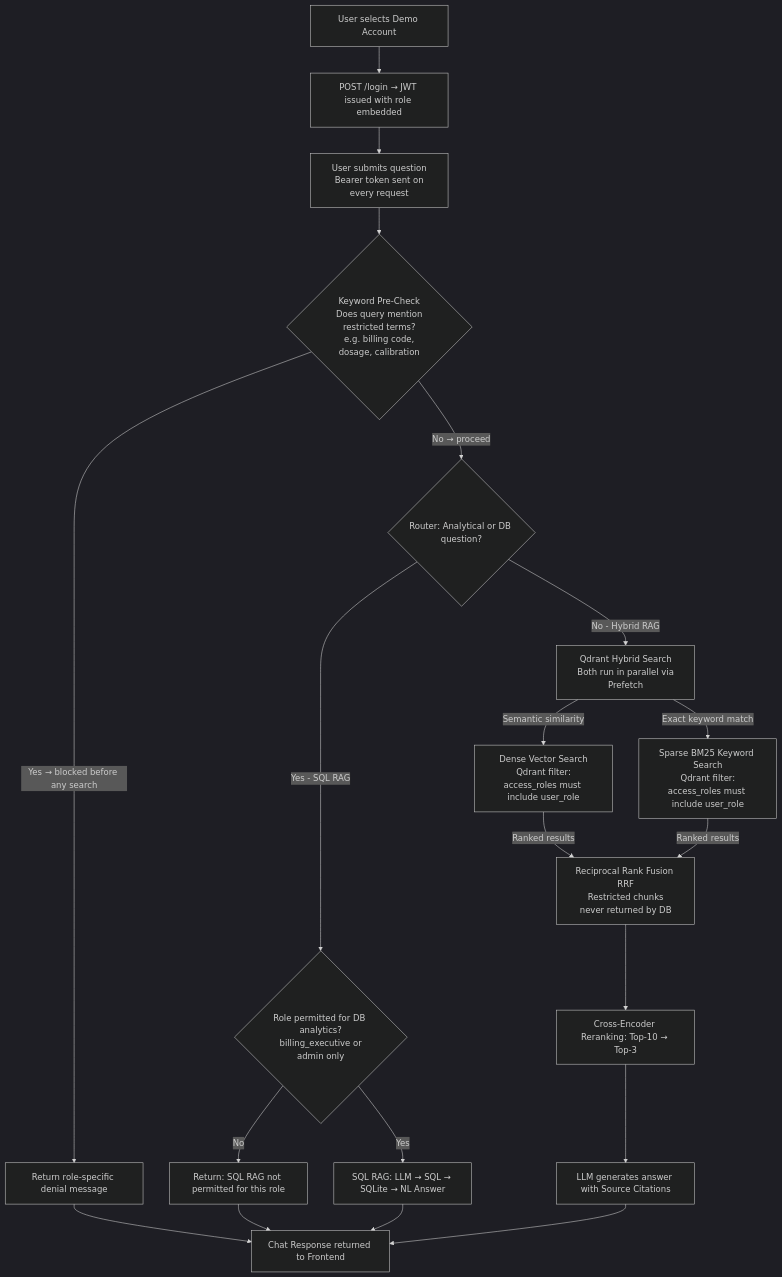
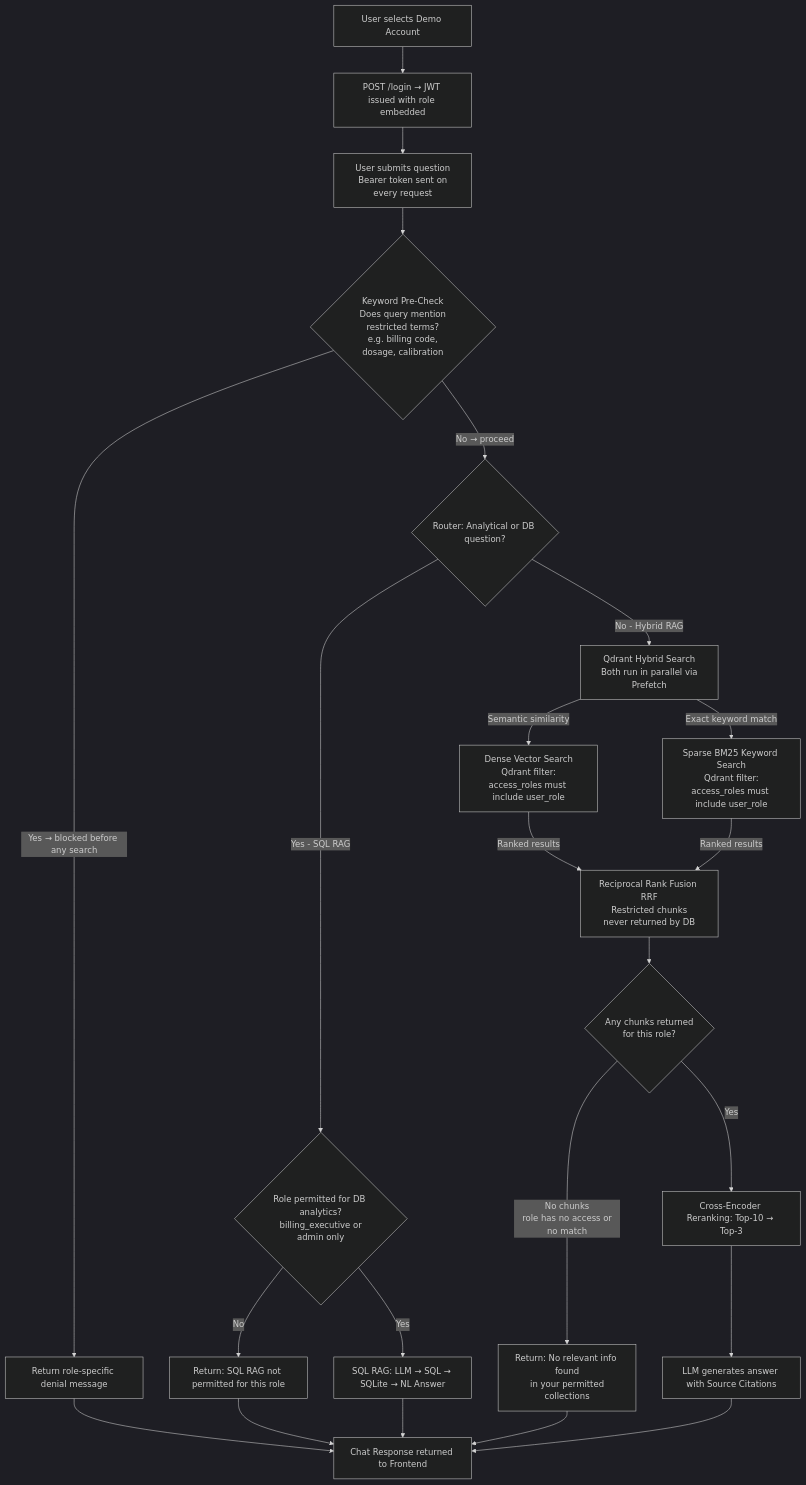
Before and after one commit to sunnydubey1111/medibot: the diagram in README.md, drawn with Mermaid (dark theme). The commit also changed other lines of this file, not shown here.

Commit message:
docs: add role-collection mapping and no-chunks fallback to architecture diagram

````diff
--- a/README.md
+++ b/README.md
@@ -34,24 +34,26 @@
 ```mermaid
 graph TD
     A[User selects Demo Account] --> B[POST /login → JWT issued with role embedded]
     B --> C[User submits question\n Bearer token sent on every request]
 
     C --> D{Keyword Pre-Check\n Does query mention restricted terms?\n e.g. billing code, dosage, calibration}
     D -- "Yes → blocked before any search" --> E[Return role-specific denial message]
     D -- "No → proceed" --> F
 
     F{Router: Analytical or DB question?}
     F -- "Yes - SQL RAG" --> G{Role permitted for DB analytics?\n billing_executive or admin only}
     G -- "No" --> H[Return: SQL RAG not permitted for this role]
     G -- "Yes" --> I[SQL RAG: LLM → SQL → SQLite → NL Answer]
 
     F -- "No - Hybrid RAG" --> J[Qdrant Hybrid Search\n Both run in parallel via Prefetch]
     J -- "Semantic similarity" --> K[Dense Vector Search\n Qdrant filter: access_roles must include user_role]
     J -- "Exact keyword match" --> L[Sparse BM25 Keyword Search\n Qdrant filter: access_roles must include user_role]
     K -- "Ranked results" --> M[Reciprocal Rank Fusion RRF\n Restricted chunks never returned by DB]
     L -- "Ranked results" --> M
-    M --> N[Cross-Encoder Reranking: Top-10 → Top-3]
+    M --> Q{Any chunks returned\n for this role?}
+    Q -- "No chunks\n role has no access or no match" --> R[Return: No relevant info found\n in your permitted collections]
+    Q -- "Yes" --> N[Cross-Encoder Reranking: Top-10 → Top-3]
     N --> O[LLM generates answer with Source Citations]
 
-    I & O & E & H --> P[Chat Response returned to Frontend]
+    I & O & E & H & R --> P[Chat Response returned to Frontend]
 ```
````
